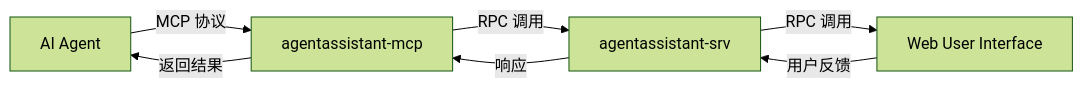
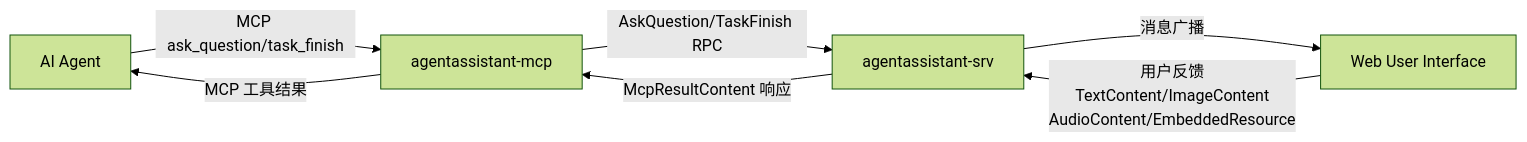
The diagram in requirements.md (yangjuncode/agentassistant), drawn with Mermaid (forest theme) before and after one commit. The commit also changed other lines of this file, not shown here.

````diff
--- a/requirements.md
+++ b/requirements.md
@@ -33,9 +62,9 @@
 ```mermaid
 flowchart LR
-    A[AI Agent] -->|MCP 协议| B[agentassistant-mcp]
-    B -->|RPC 调用| C[agentassistant-srv]
-    C -->|RPC 调用| D[Web User Interface]
-    D -->|用户反馈| C
-    C -->|响应| B
-    B -->|返回结果| A
+    A[AI Agent] -->|MCP ask_question/task_finish| B[agentassistant-mcp]
+    B -->|AskQuestion/TaskFinish RPC| C[agentassistant-srv]
+    C -->|消息广播| D[Web User Interface]
+    D -->|用户反馈<br/>TextContent/ImageContent<br/>AudioContent/EmbeddedResource| C
+    C -->|McpResultContent 响应| B
+    B -->|MCP 工具结果| A
 ```
````
